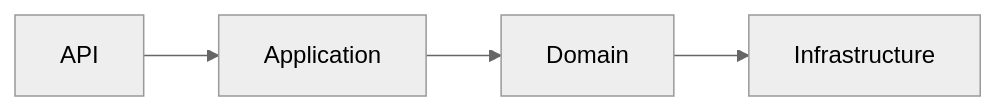
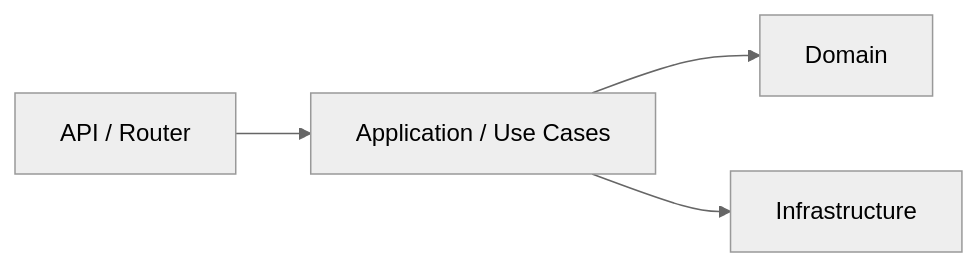
Before and after one commit to chirijose79-ui/Chiri: the sixth of 22 diagrams in docs/060_API.md, drawn with Mermaid (neutral theme). The commit also changed other lines of this file, not shown here.

Commit message:
docs(api): update API error contract

````diff
--- a/docs/060_API.md
+++ b/docs/060_API.md
@@ -439,9 +507,15 @@
-```mermaid id="5m8q2x"
+```mermaid id="7q3m9x"
 flowchart LR
 
+    API["API / Router"]
+
+    Application["Application / Use Cases"]
+
+    Domain["Domain"]
+
+    Infrastructure["Infrastructure"]
+
     API --> Application
-
     Application --> Domain
-
-    Domain --> Infrastructure
+    Application --> Infrastructure
 ```
````
